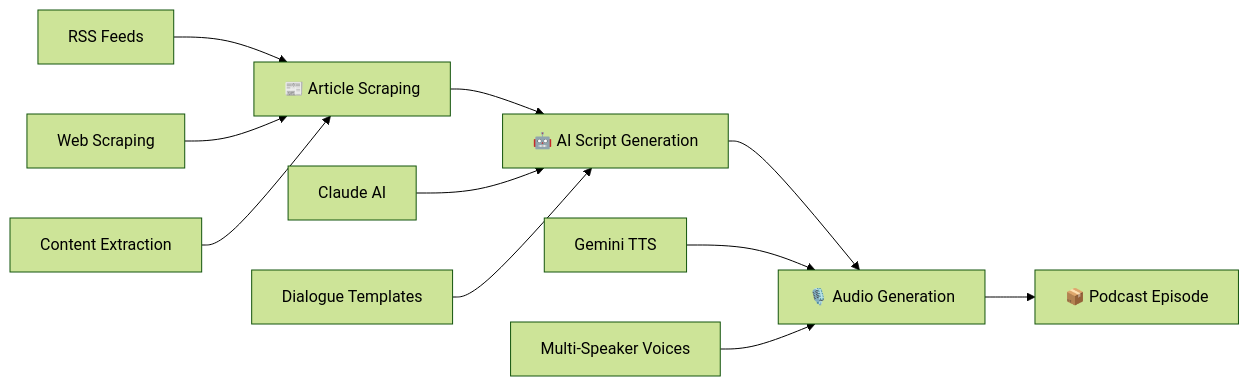
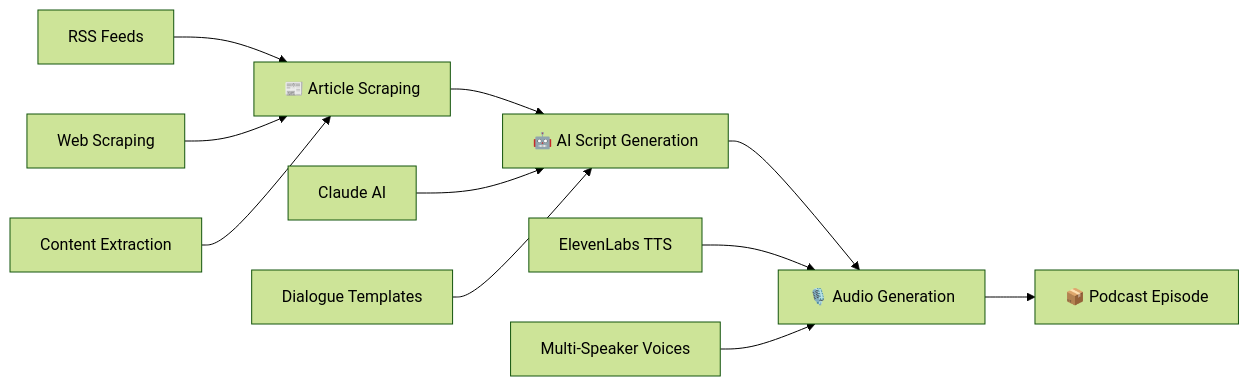
One commit to TheWinterShadow/The-Data-Packet changed the first of 2 diagrams in README.md. Above: the diagram before and after it, drawn with Mermaid (forest theme). The commit also changed other lines of this file and 33 other files, not shown here.

````diff
--- a/README.md
+++ b/README.md
@@ -154,16 +154,16 @@
 ```mermaid
 graph LR
     A[📰 Article Scraping] --> B[🤖 AI Script Generation]
     B --> C[🎙️ Audio Generation]  
     C --> D[📦 Podcast Episode]
     
     A1[RSS Feeds] --> A
     A2[Web Scraping] --> A
     A3[Content Extraction] --> A
     
     B1[Claude AI] --> B
     B2[Dialogue Templates] --> B
     
-    C1[Gemini TTS] --> C
+    C1[ElevenLabs TTS] --> C
     C2[Multi-Speaker Voices] --> C
 ```
````
